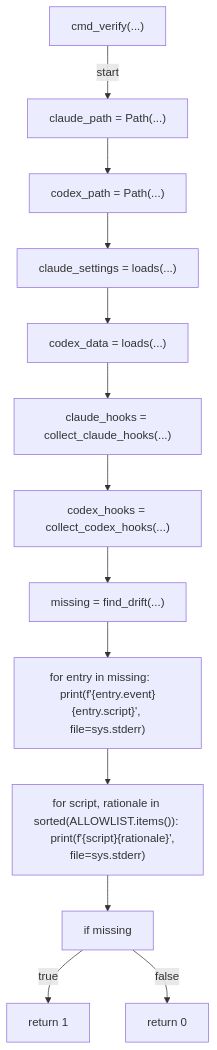
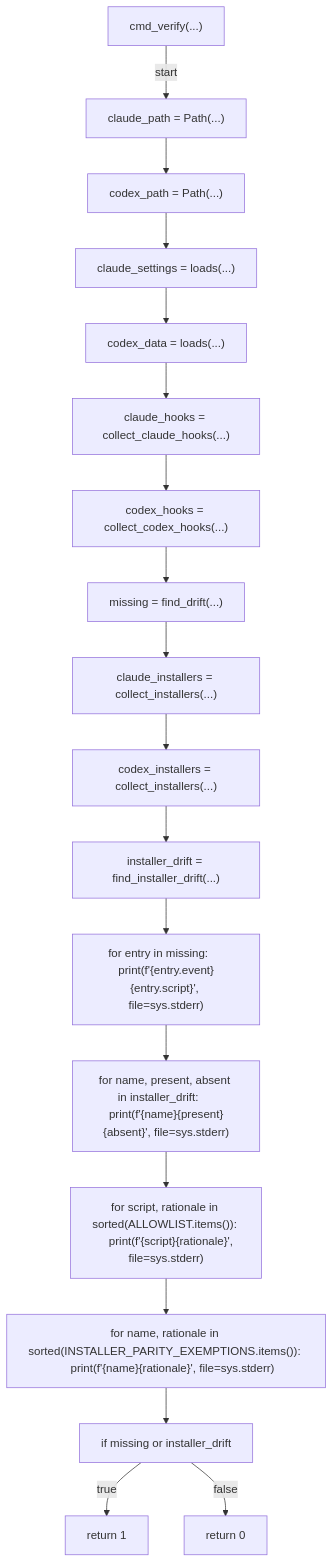
Before and after one commit to tvna/claude-md: the tenth of 11 diagrams in docs/generated/scripts/ast/scan_hook_coverage_drift.md, drawn with Mermaid. The commit also changed other lines of this file, not shown here.

First line of the commit message:
docs(generated): regenerate decision tree and workflow diagrams

````diff
--- a/docs/generated/scripts/ast/scan_hook_coverage_drift.md
+++ b/docs/generated/scripts/ast/scan_hook_coverage_drift.md
@@ -77,28 +114,38 @@
 ```mermaid
 flowchart TD
     N001["cmd_verify(...)"]
     N002["claude_path = Path(...)"]
     N003["codex_path = Path(...)"]
     N004["claude_settings = loads(...)"]
     N005["codex_data = loads(...)"]
     N006["claude_hooks = collect_claude_hooks(...)"]
     N007["codex_hooks = collect_codex_hooks(...)"]
     N008["missing = find_drift(...)"]
-    N009["for entry in missing:     print(f'<str>{entry.event}<str>{entry.script}<str>', file=sys.stderr)"]
-    N010["for script, rationale in sorted(ALLOWLIST.items()):     print(f'<str>{script}<str>{rationale}', file=sys.stderr)"]
-    N011["if missing"]
-    N012["return 1"]
-    N013["return 0"]
+    N009["claude_installers = collect_installers(...)"]
+    N010["codex_installers = collect_installers(...)"]
+    N011["installer_drift = find_installer_drift(...)"]
+    N012["for entry in missing:     print(f'<str>{entry.event}<str>{entry.script}<str>', file=sys.stderr)"]
+    N013["for name, present, absent in installer_drift:     print(f'<str>{name}<str>{present}<str>{absent}<str>', file=sys.stderr)"]
+    N014["for script, rationale in sorted(ALLOWLIST.items()):     print(f'<str>{script}<str>{rationale}', file=sys.stderr)"]
+    N015["for name, rationale in sorted(INSTALLER_PARITY_EXEMPTIONS.items()):     print(f'<str>{name}<str>{rationale}', file=sys.stderr)"]
+    N016["if missing or installer_drift"]
+    N017["return 1"]
+    N018["return 0"]
     N001 -->|"start"| N002
     N002 --> N003
     N003 --> N004
     N004 --> N005
     N005 --> N006
     N006 --> N007
     N007 --> N008
     N008 --> N009
     N009 --> N010
     N010 --> N011
-    N011 -->|"true"| N012
-    N011 -->|"false"| N013
+    N011 --> N012
+    N012 --> N013
+    N013 --> N014
+    N014 --> N015
+    N015 --> N016
+    N016 -->|"true"| N017
+    N016 -->|"false"| N018
 ```
````
